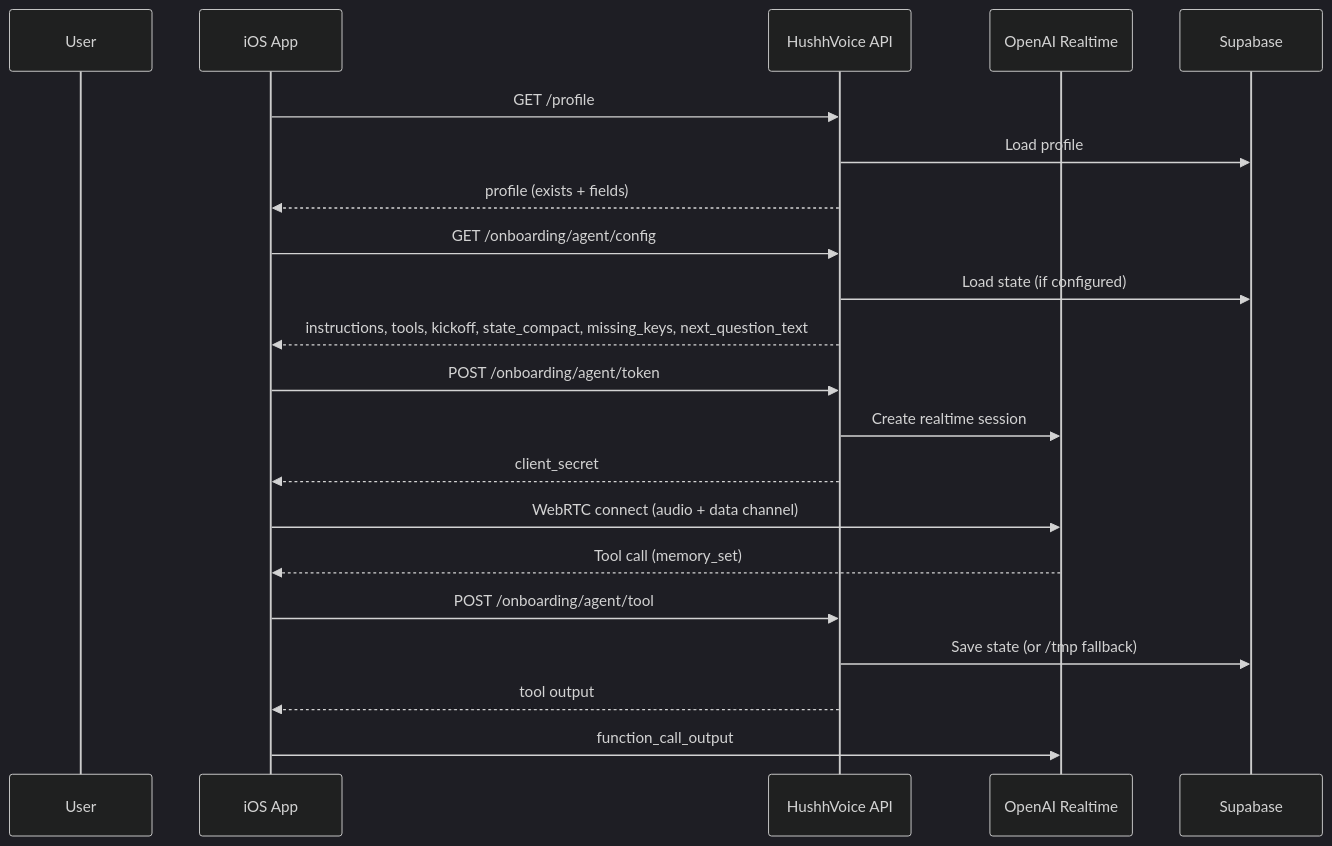
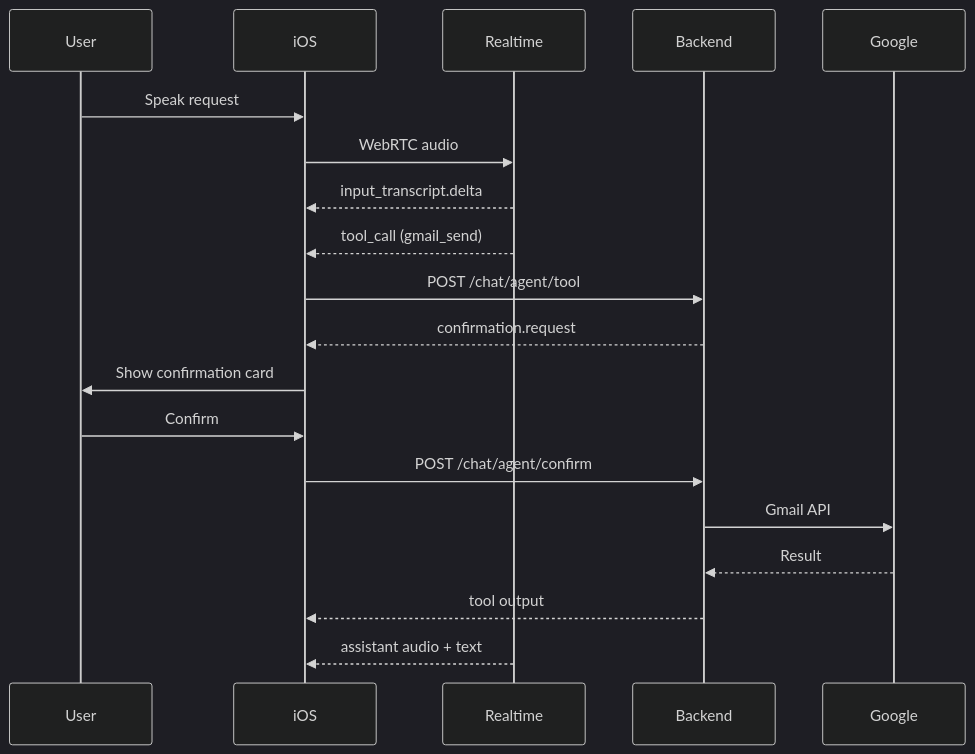
Before and after one commit to RGlodAkshat/HushhVoice: the fourth of 4 diagrams in architecture.md, drawn with Mermaid (dark theme). The commit also changed other lines of this file and 18 other files, not shown here.

Commit message:
Update architecture docs and realtime chat backend

````diff
--- a/architecture.md
+++ b/architecture.md
@@ -301,27 +198,22 @@
 ```mermaid
 sequenceDiagram
-participant User
-participant iOS as iOS App
-participant API as HushhVoice API
-participant OpenAI as OpenAI Realtime
-participant Supabase
+  participant User
+  participant iOS
+  participant Realtime
+  participant Backend
+  participant Google
 
-iOS->>API: GET /profile
-API->>Supabase: Load profile
-API-->>iOS: profile (exists + fields)
-
-iOS->>API: GET /onboarding/agent/config
-API->>Supabase: Load state (if configured)
-API-->>iOS: instructions, tools, kickoff, state_compact, missing_keys, next_question_text
-
-iOS->>API: POST /onboarding/agent/token
-API->>OpenAI: Create realtime session
-API-->>iOS: client_secret
-
-iOS->>OpenAI: WebRTC connect (audio + data channel)
-OpenAI-->>iOS: Tool call (memory_set)
-iOS->>API: POST /onboarding/agent/tool
-API->>Supabase: Save state (or /tmp fallback)
-API-->>iOS: tool output
-iOS->>OpenAI: function_call_output
+  User->>iOS: Speak request
+  iOS->>Realtime: WebRTC audio
+  Realtime-->>iOS: input_transcript.delta
+  Realtime-->>iOS: tool_call (gmail_send)
+  iOS->>Backend: POST /chat/agent/tool
+  Backend-->>iOS: confirmation.request
+  iOS->>User: Show confirmation card
+  User->>iOS: Confirm
+  iOS->>Backend: POST /chat/agent/confirm
+  Backend->>Google: Gmail API
+  Google-->>Backend: Result
+  Backend-->>iOS: tool output
+  Realtime-->>iOS: assistant audio + text
 ```
````
